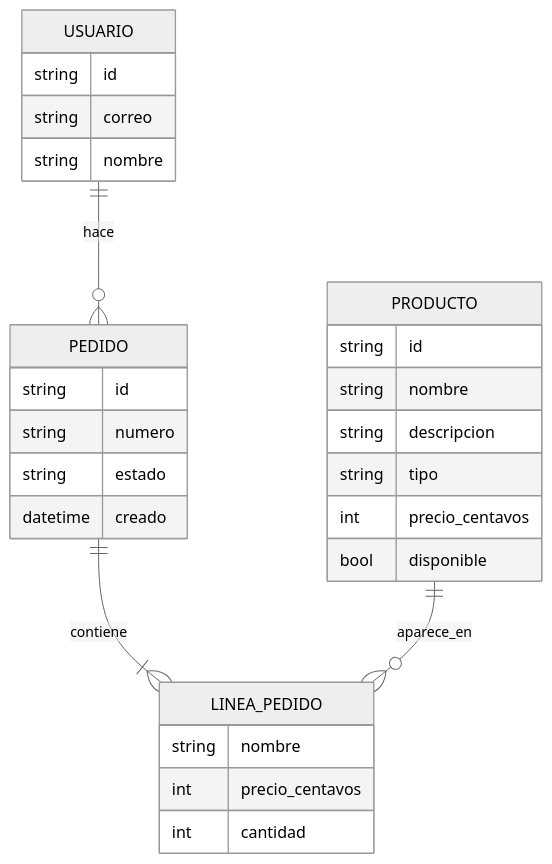
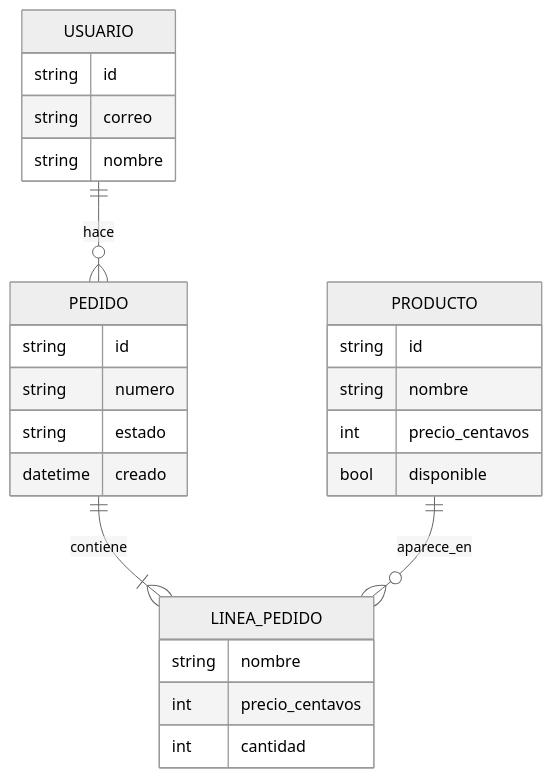
Before and after one commit to DMI-2026/cafeteria_utez: the diagram in docs/05-datos.md, drawn with Mermaid (neutral theme). The commit also changed other lines of this file and 16 other files, not shown here.

````diff
--- a/docs/05-datos.md
+++ b/docs/05-datos.md
@@ -19,32 +18,30 @@
 ```mermaid
 erDiagram
   accTitle: ERD de la Cafetería de la UTEZ
   accDescr: Un usuario hace pedidos; cada pedido contiene líneas; cada línea corresponde a un producto.
   USUARIO ||--o{ PEDIDO : hace
   PEDIDO ||--|{ LINEA_PEDIDO : contiene
   PRODUCTO ||--o{ LINEA_PEDIDO : aparece_en
   USUARIO {
     string id
     string correo
     string nombre
   }
   PRODUCTO {
     string id
     string nombre
-    string descripcion
-    string tipo
     int precio_centavos
     bool disponible
   }
   PEDIDO {
     string id
     string numero
     string estado
     datetime creado
   }
   LINEA_PEDIDO {
     string nombre
     int precio_centavos
     int cantidad
   }
 ```
````
